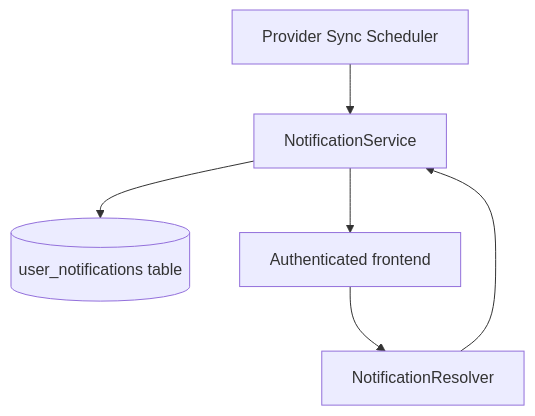
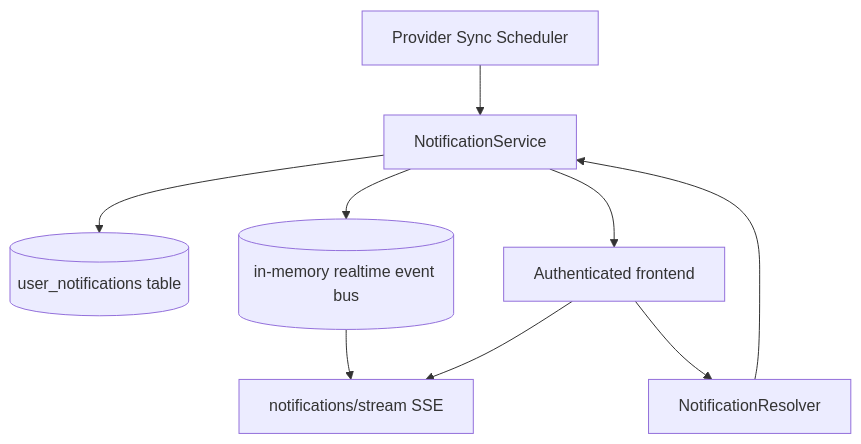
The diagram in apps/backend/src/notification/README.md (AmanVatsSharma/MailZen-Smart-Email-Management), drawn with Mermaid before and after one commit. The commit also changed other lines of this file and 8 other files, not shown here.

Commit message:
Add realtime notification SSE stream updates

````diff
--- a/apps/backend/src/notification/README.md
+++ b/apps/backend/src/notification/README.md
@@ -76,8 +89,11 @@
 ```mermaid
 flowchart TD
   Scheduler[Provider Sync Scheduler] --> NotificationService
   NotificationService --> Repo[(user_notifications table)]
+  NotificationService --> RealtimeBus[(in-memory realtime event bus)]
+  RealtimeBus --> NotificationStream[notifications/stream SSE]
   UserUI[Authenticated frontend] --> NotificationResolver
+  UserUI --> NotificationStream
   NotificationResolver --> NotificationService
   NotificationService --> UserUI
 ```
````
